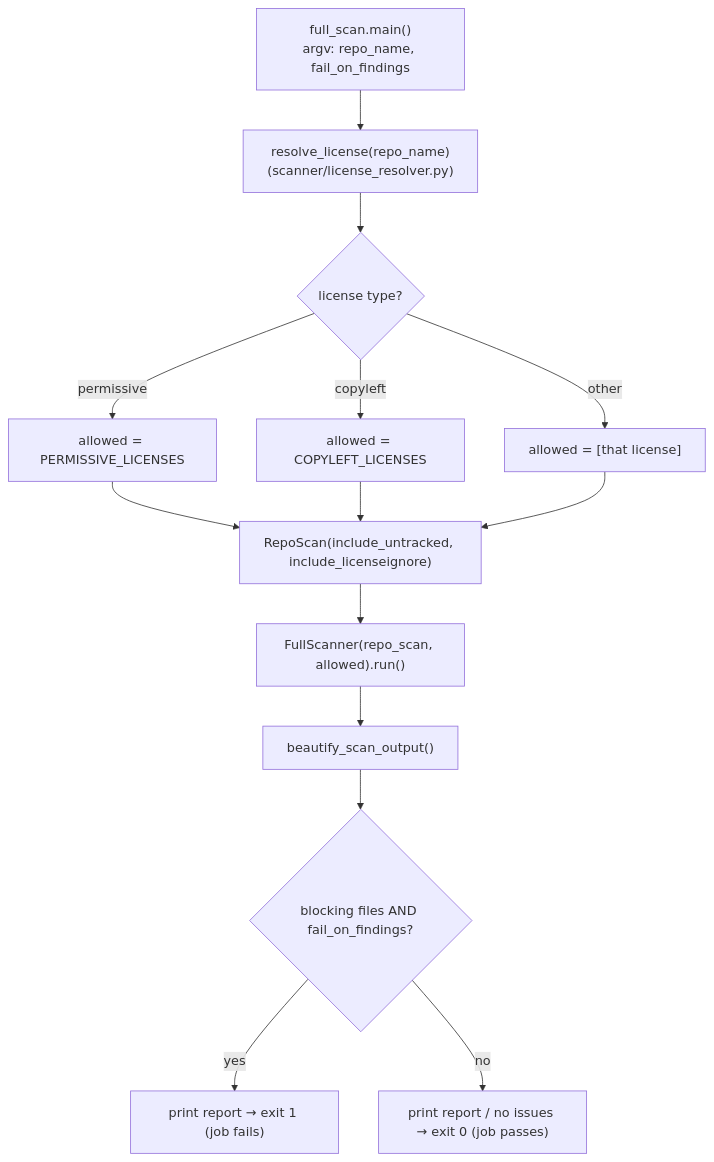
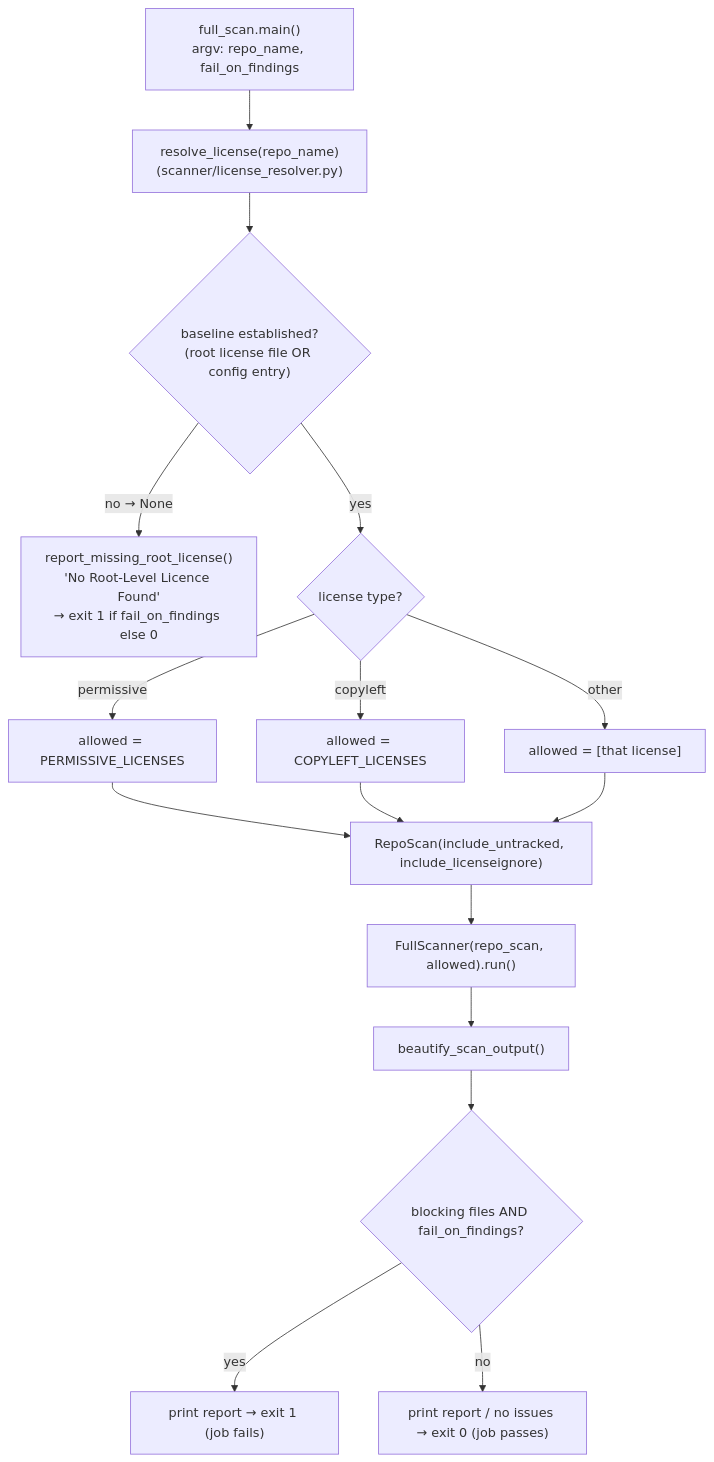
One commit to qualcomm/copyright-license-checker-action changed the second of 4 diagrams in full-scan/docs/architecture.md. Above: the diagram before and after it, drawn with Mermaid. The commit also changed other lines of this file and 6 other files, not shown here.

First line of the commit message:
full_scan: abort scan when no root-level license file exists

````diff
--- a/full-scan/docs/architecture.md
+++ b/full-scan/docs/architecture.md
@@ -63,15 +63,17 @@
 ```mermaid
 flowchart TD
     A["full_scan.main()<br/>argv: repo_name, fail_on_findings"] --> B["resolve_license(repo_name)<br/>(scanner/license_resolver.py)"]
-    B --> C{"license type?"}
+    B --> N{"baseline established?<br/>(root license file OR config entry)"}
+    N -->|no → None| STOP["report_missing_root_license()<br/>'No Root-Level Licence Found'<br/>→ exit 1 if fail_on_findings else 0"]
+    N -->|yes| C{"license type?"}
     C -->|permissive| P["allowed = PERMISSIVE_LICENSES"]
     C -->|copyleft| Q["allowed = COPYLEFT_LICENSES"]
     C -->|other| R["allowed = [that license]"]
 
     P & Q & R --> D["RepoScan(include_untracked, include_licenseignore)"]
     D --> E["FullScanner(repo_scan, allowed).run()"]
     E --> Z["beautify_scan_output()"]
     Z --> X{"blocking files AND fail_on_findings?"}
     X -->|yes| RED["print report → exit 1 (job fails)"]
     X -->|no| GREEN["print report / no issues → exit 0 (job passes)"]
 ```
````
